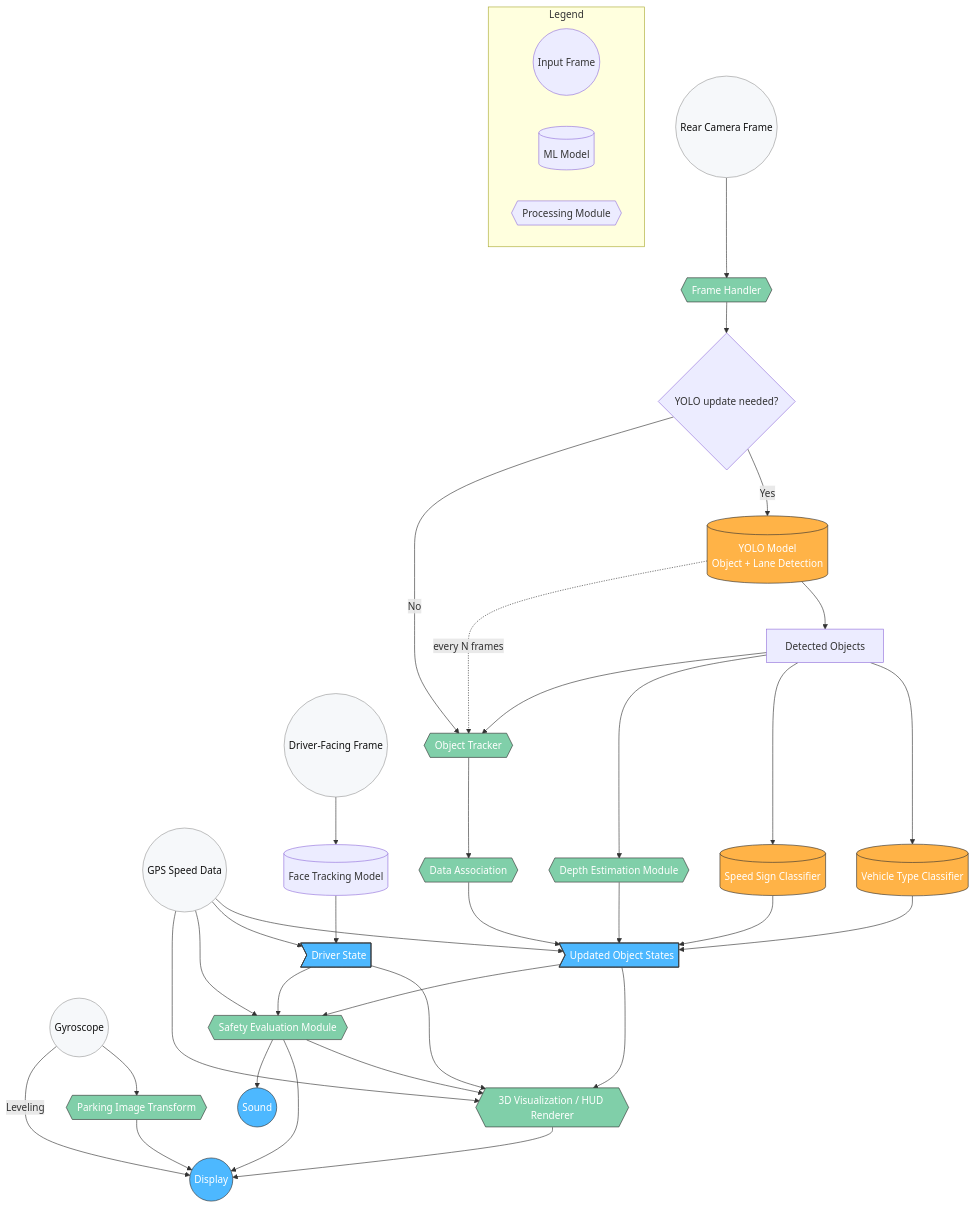
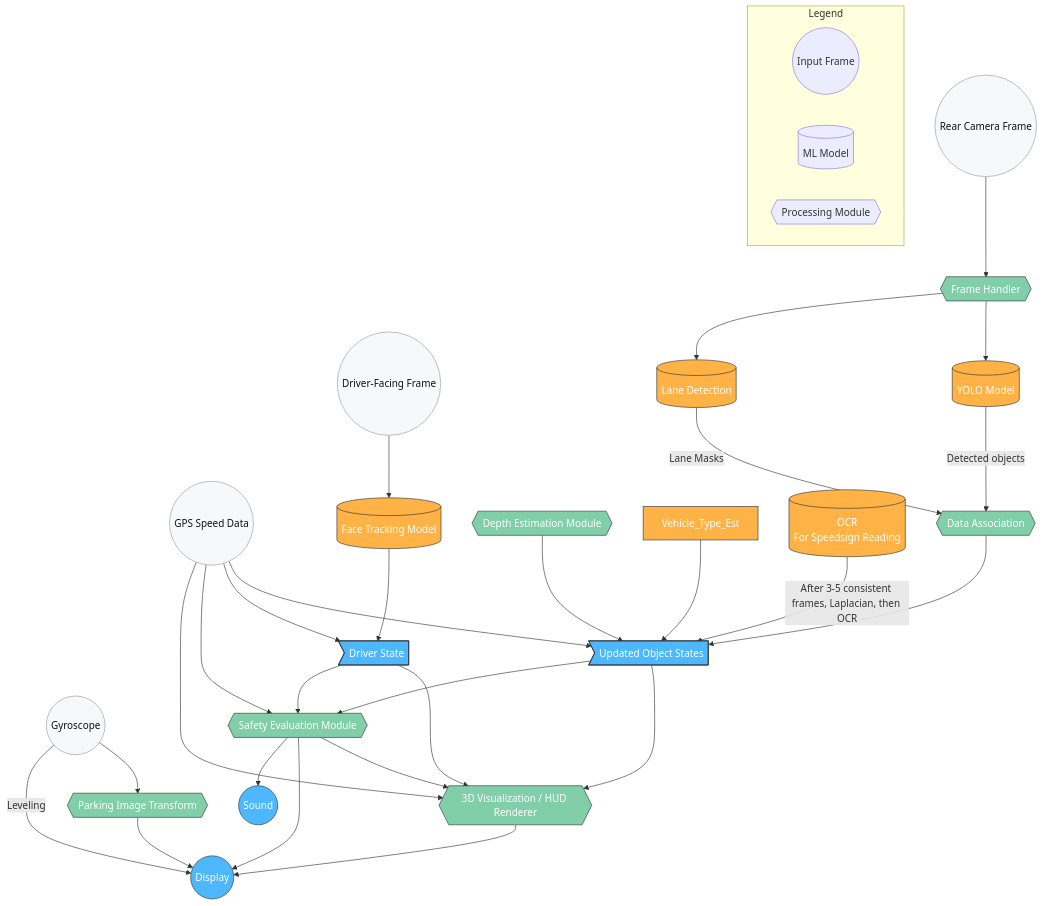
One commit to Tomtom21/DerekielV3 changed the diagram in readme.md. Above: the diagram before and after it, drawn with Mermaid.

Commit message:
Update readme with new pipeline layout

````diff
--- a/readme.md
+++ b/readme.md
@@ -1,70 +1,60 @@
 ```mermaid
 graph TD;
     %% Legend
     subgraph Legend
         Video_Frame((Input Frame))
         ML_Model[(ML Model)]
         Processing_Module{{Processing Module}}
     end
 
     %% Inputs
     Rear_Input_Frame((Rear Camera Frame))
     Driver_Input_Frame((Driver-Facing Frame))
     GPS_Speed_Data((GPS Speed Data))
     Gyroscope((Gyroscope))
 
     %% Rear camera pipeline
     Rear_Input_Frame --> Frame_Handler{{Frame Handler}}
-    Frame_Handler --> Update_Tracks{YOLO update needed?}
-
-    %% YOLO detection
-    Update_Tracks -- Yes --> YOLO[(YOLO Model<br/>Object + Lane Detection)]
-    YOLO --> Detected_Objects[Detected Objects]
-    Detected_Objects --> Vehicle_Type_Est[(Vehicle Type Classifier)]
-    Detected_Objects --> Speed_Sign_Cls[(Speed Sign Classifier)]
-    Detected_Objects --> Depth_Est{{Depth Estimation Module}}
-    Detected_Objects --> Tracker{{Object Tracker}}
+    Frame_Handler --> YOLO[(YOLO Model)]
+    Frame_Handler --> Lane_Detection[(Lane Detection)]
 
     %% Tracking & data association
-    Update_Tracks -- No --> Tracker
-    Tracker --> Data_Association{{Data Association}}
+    YOLO -- Detected objects --> Data_Association{{Data Association}}
+    Lane_Detection -- Lane Masks--> Data_Association
     Data_Association --> Object_States>Updated Object States]
-    Depth_Est --> Object_States
+    Depth_Est{{Depth Estimation Module}} --> Object_States
     Vehicle_Type_Est --> Object_States
-    Speed_Sign_Cls --> Object_States
     GPS_Speed_Data --> Object_States
-
-    %% Periodic YOLO refresh
-    YOLO -. every N frames .-> Tracker
+    OCR[(OCR<br>For Speedsign Reading)] -- After 3-5 consistent frames, Laplacian, then OCR --> Object_States
 
     %% Driver attention monitoring
     Driver_Input_Frame --> Face_Track[(Face Tracking Model)]
     Face_Track --> Driver_State>Driver State]
     GPS_Speed_Data --> Driver_State
 
     %% Visualization and output
     Object_States --> Renderer3D{{3D Visualization / HUD Renderer}}
     Driver_State --> Renderer3D
     Object_States --> Safety_Eval{{Safety Evaluation Module}}
     Driver_State --> Safety_Eval
     Safety_Eval --> Renderer3D
     GPS_Speed_Data --> Safety_Eval
     GPS_Speed_Data --> Renderer3D
     Renderer3D --> Display((Display))
     Safety_Eval --> Display
     Safety_Eval --> Sound((Sound))
     Gyroscope --> Parking_Transform{{Parking Image Transform}}
     Parking_Transform --> Display
     Gyroscope -- Leveling --> Display
 
     %% Notes
     %% Improved color contrast
     classDef input fill:#f6f8fa,stroke:#999,color:#111;
     classDef model fill:#ffb347,stroke:#333,color:#fff;
     classDef module fill:#80cfa9,stroke:#333,color:#fff;
     classDef output fill:#4db8ff,stroke:#333,color:#fff;
     class Rear_Input_Frame,Driver_Input_Frame,GPS_Speed_Data,Gyroscope input;
-    class YOLO,Vehicle_Type_Est,Speed_Sign_Cls,Driver_Attn model;
+    class YOLO,Lane_Detection,Vehicle_Type_Est,OCR,Driver_Attn,Face_Track model;
     class Frame_Handler,Tracker,Data_Association,Depth_Est,Renderer3D,Safety_Eval,Parking_Transform module;
     class Object_States,System_Output,Driver_State,Display,Sound output;
 ```
````
